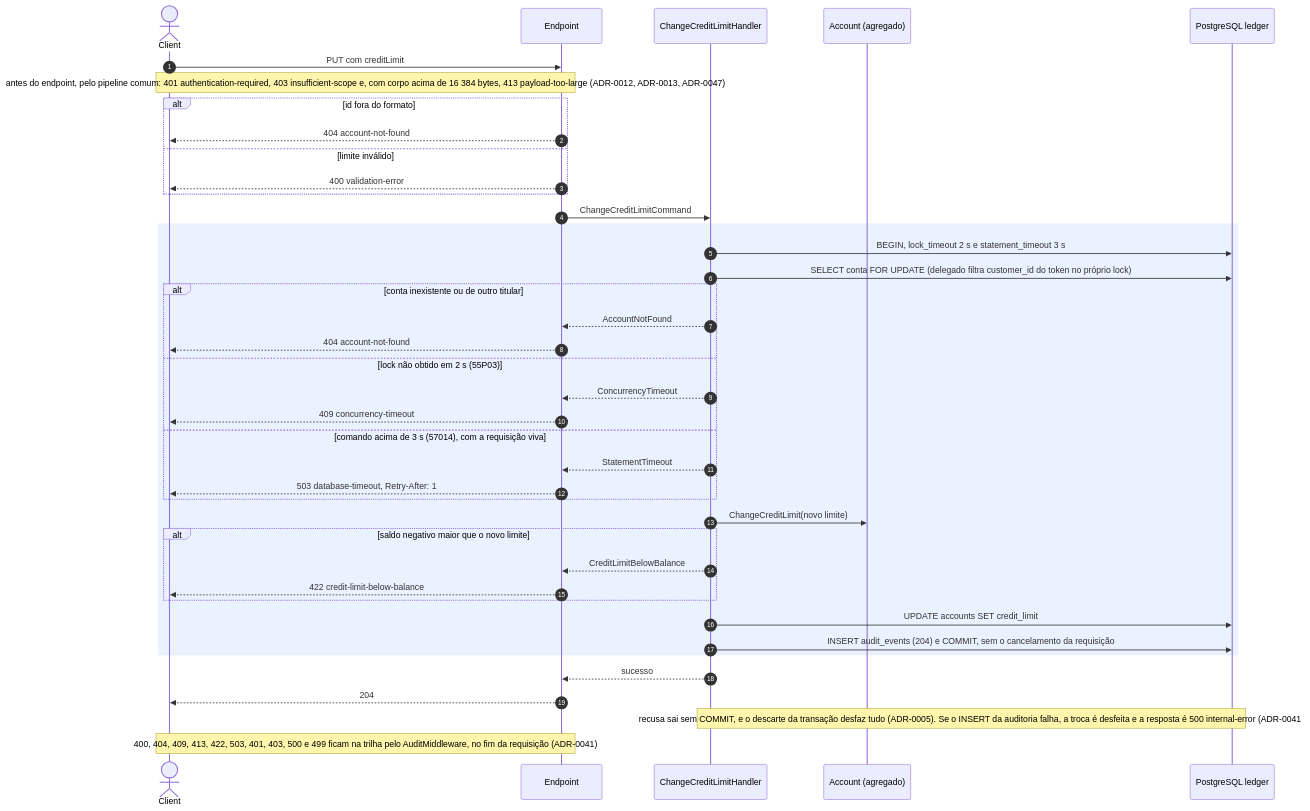
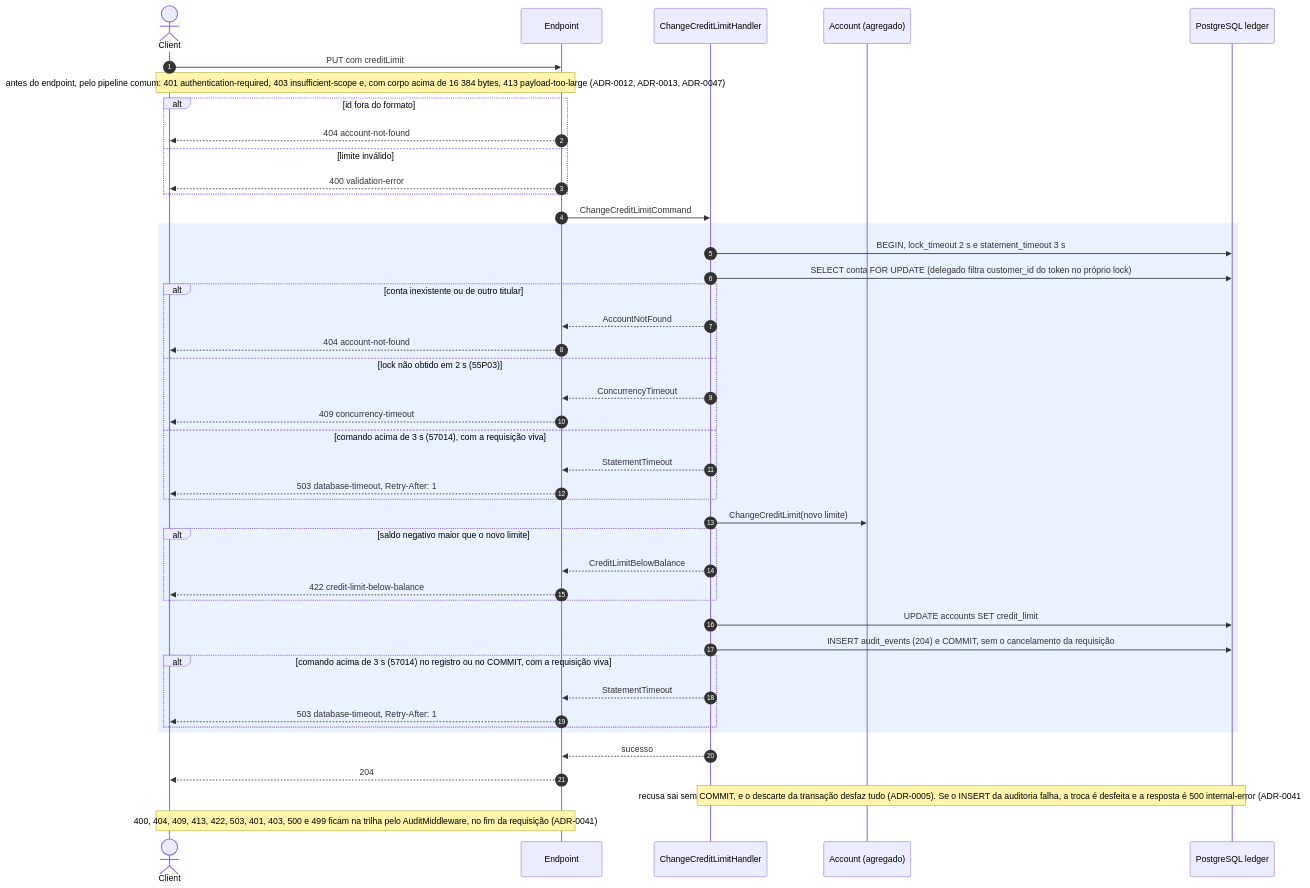
Before and after one commit to arthuurw/desafio-arquiteto-keyrus: the fourth of 8 diagrams in docs/arquitetura/fluxos-ledger.md, drawn with Mermaid. The commit also changed 1 other file, not shown here.

Commit message:
docs: show the SQL timeout on the limit audit and off the past read
refs #8

````diff
--- a/docs/arquitetura/fluxos-ledger.md
+++ b/docs/arquitetura/fluxos-ledger.md
@@ -176,43 +176,47 @@
 ```mermaid
 sequenceDiagram
   autonumber
   actor C as Client
   participant E as Endpoint
   participant H as ChangeCreditLimitHandler
   participant A as Account (agregado)
   participant DB as PostgreSQL ledger
 
   C->>E: PUT com creditLimit
   Note over C,E: antes do endpoint, pelo pipeline comum: 401 authentication-required, 403 insufficient-scope e, com corpo acima de 16 384 bytes, 413 payload-too-large (ADR-0012, ADR-0013, ADR-0047)
   alt id fora do formato
     E-->>C: 404 account-not-found
   else limite inválido
     E-->>C: 400 validation-error
   end
   E->>H: ChangeCreditLimitCommand
   rect rgba(80, 140, 255, 0.12)
     H->>DB: BEGIN, lock_timeout 2 s e statement_timeout 3 s
     H->>DB: SELECT conta FOR UPDATE (delegado filtra customer_id do token no próprio lock)
     alt conta inexistente ou de outro titular
       H-->>E: AccountNotFound
       E-->>C: 404 account-not-found
     else lock não obtido em 2 s (55P03)
       H-->>E: ConcurrencyTimeout
       E-->>C: 409 concurrency-timeout
     else comando acima de 3 s (57014), com a requisição viva
       H-->>E: StatementTimeout
       E-->>C: 503 database-timeout, Retry-After: 1
     end
     H->>A: ChangeCreditLimit(novo limite)
     alt saldo negativo maior que o novo limite
       H-->>E: CreditLimitBelowBalance
       E-->>C: 422 credit-limit-below-balance
     end
     H->>DB: UPDATE accounts SET credit_limit
     H->>DB: INSERT audit_events (204) e COMMIT, sem o cancelamento da requisição
+    alt comando acima de 3 s (57014) no registro ou no COMMIT, com a requisição viva
+      H-->>E: StatementTimeout
+      E-->>C: 503 database-timeout, Retry-After: 1
+    end
   end
   H-->>E: sucesso
   E-->>C: 204
   Note over H,DB: recusa sai sem COMMIT, e o descarte da transação desfaz tudo (ADR-0005). Se o INSERT da auditoria falha, a troca é desfeita e a resposta é 500 internal-error (ADR-0041)
   Note over C,E: 400, 404, 409, 413, 422, 503, 401, 403, 500 e 499 ficam na trilha pelo AuditMiddleware, no fim da requisição (ADR-0041)
 ```
````
